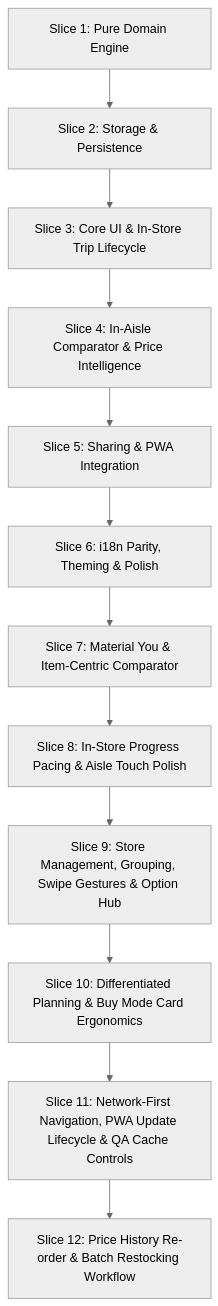
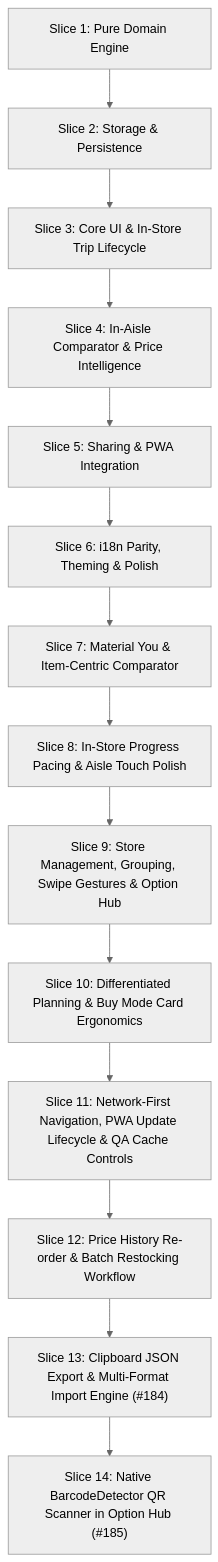
One commit to thanhtrixx/html-standalone-tools changed the diagram in smart-buy-list-price-tracker/ITEMS_TO_IMPLEMENT.md. Above: the diagram before and after it, drawn with Mermaid (neutral theme). The commit also changed other lines of this file and 3 other files, not shown here.

Commit message:
docs(smart-buy-list): record ADR-0009 and specs for clipboard interchange and QR scanner (#183)

````diff
--- a/smart-buy-list-price-tracker/ITEMS_TO_IMPLEMENT.md
+++ b/smart-buy-list-price-tracker/ITEMS_TO_IMPLEMENT.md
@@ -84,17 +86,19 @@
 ```mermaid
 flowchart TD
     S1["Slice 1: Pure Domain Engine"]
     S2["Slice 2: Storage &amp; Persistence"]
     S3["Slice 3: Core UI &amp; In-Store Trip Lifecycle"]
     S4["Slice 4: In-Aisle Comparator &amp; Price Intelligence"]
     S5["Slice 5: Sharing &amp; PWA Integration"]
     S6["Slice 6: i18n Parity, Theming &amp; Polish"]
     S7["Slice 7: Material You &amp; Item-Centric Comparator"]
     S8["Slice 8: In-Store Progress Pacing &amp; Aisle Touch Polish"]
     S9["Slice 9: Store Management, Grouping, Swipe Gestures &amp; Option Hub"]
     S10["Slice 10: Differentiated Planning &amp; Buy Mode Card Ergonomics"]
     S11["Slice 11: Network-First Navigation, PWA Update Lifecycle &amp; QA Cache Controls"]
     S12["Slice 12: Price History Re-order &amp; Batch Restocking Workflow"]
+    S13["Slice 13: Clipboard JSON Export &amp; Multi-Format Import Engine (#184)"]
+    S14["Slice 14: Native BarcodeDetector QR Scanner in Option Hub (#185)"]
 
-    S1 --> S2 --> S3 --> S4 --> S5 --> S6 --> S7 --> S8 --> S9 --> S10 --> S11 --> S12
+    S1 --> S2 --> S3 --> S4 --> S5 --> S6 --> S7 --> S8 --> S9 --> S10 --> S11 --> S12 --> S13 --> S14
 ```
````
